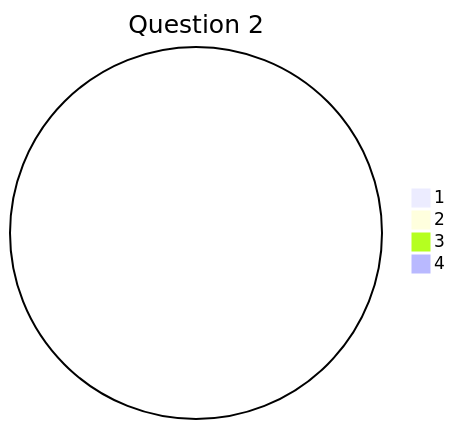
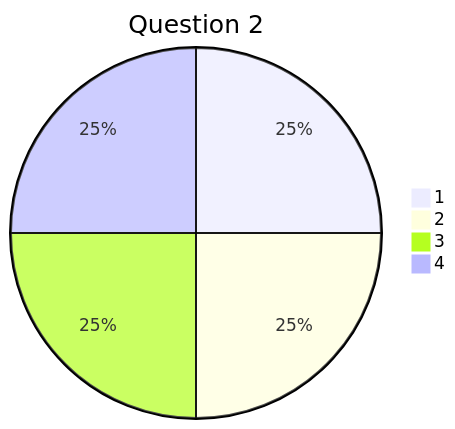
The second of 29 diagrams in 11_aws_demos/README.md (alonitac/DevOpsJan22), drawn with Mermaid before and after one commit. The commit also changed other lines of this file, not shown here.

````diff
--- a/11_aws_demos/README.md
+++ b/11_aws_demos/README.md
@@ -47,8 +47,8 @@
 ```mermaid
 pie
     title Question 2
-    "1" : 0
-    "2" : 0
-    "3" : 0 
-    "4" : 0 
+    "1" : 1
+    "2" : 1
+    "3" : 1 
+    "4" : 1 
 ```
````
